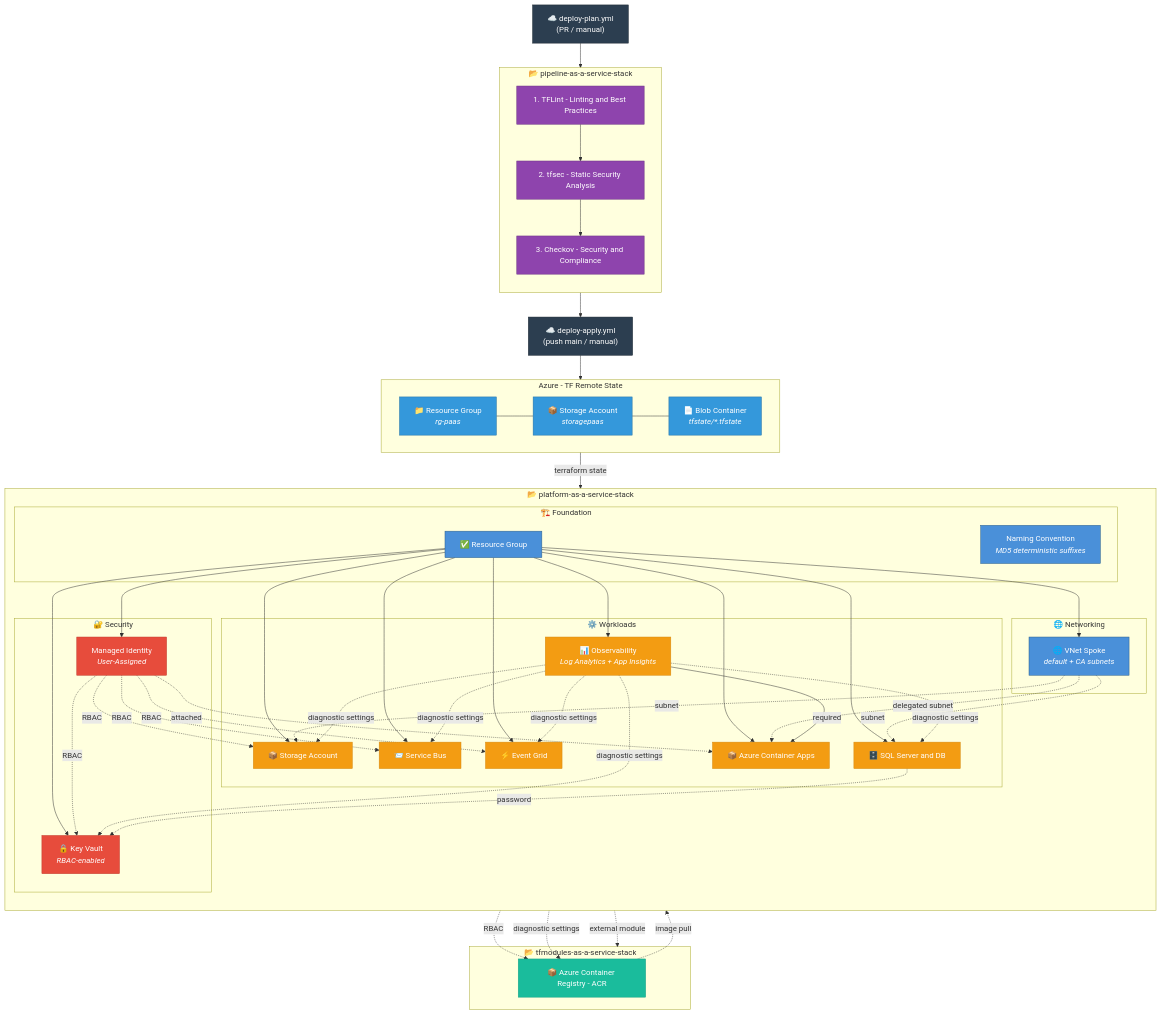
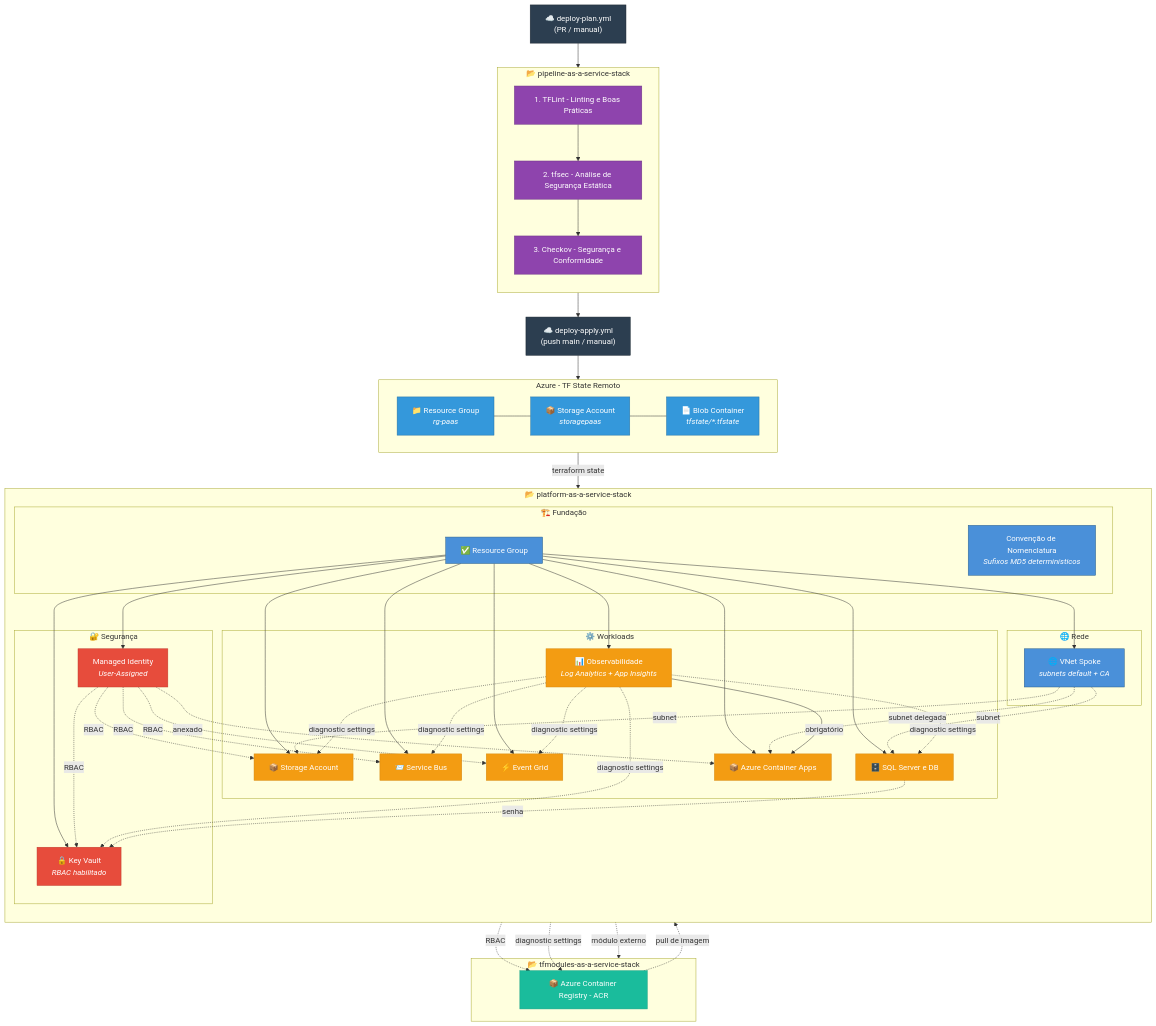
Before and after one commit to orafaelferreiraa/platform-as-a-service-stack: the second of 2 diagrams in README.md, drawn with Mermaid. The commit also changed other lines of this file, not shown here.

```diff
--- a/README.md
+++ b/README.md
@@ -432,9 +459,9 @@
 
     subgraph PIPE["📂 pipeline-as-a-service-stack"]
         direction TB
-        tflint["1. TFLint - Linting and Best Practices"]
-        tfsec["2. tfsec - Static Security Analysis"]
-        checkov["3. Checkov - Security and Compliance"]
+        tflint["1. TFLint - Linting e Boas Práticas"]
+        tfsec["2. tfsec - Análise de Segurança Estática"]
+        checkov["3. Checkov - Segurança e Conformidade"]
         tflint --> tfsec --> checkov
     end
 
@@ -445,7 +472,7 @@
     apply --> STATE
     STATE -->|terraform state| TF
 
-    subgraph STATE["Azure - TF Remote State"]
+    subgraph STATE["Azure - TF State Remoto"]
         state_rg["📁 Resource Group<br/><i>rg-paas</i>"]
         state_sa["📦 Storage Account<br/><i>storagepaas</i>"]
         state_blob["📄 Blob Container<br/><i>tfstate/*.tfstate</i>"]
@@ -455,26 +482,26 @@
     subgraph TF["📂 platform-as-a-service-stack"]
         direction TB
 
-        subgraph Foundation["🏗️ Foundation"]
-            naming["Naming Convention<br/><i>MD5 deterministic suffixes</i>"]
+        subgraph Foundation["🏗️ Fundação"]
+            naming["Convenção de Nomenclatura<br/><i>Sufixos MD5 determinísticos</i>"]
             rg["✅ Resource Group<br/>"]
         end
 
-        subgraph Security["🔐 Security"]
+        subgraph Security["🔐 Segurança"]
             mi["Managed Identity<br/><i>User-Assigned</i>"]
-            kv["🔒 Key Vault<br/><i>RBAC-enabled</i>"]
+            kv["🔒 Key Vault<br/><i>RBAC habilitado</i>"]
         end
 
-        subgraph Networking["🌐 Networking"]
-            vnet["🌐 VNet Spoke<br/><i>default + CA subnets</i>"]
+        subgraph Networking["🌐 Rede"]
+            vnet["🌐 VNet Spoke<br/><i>subnets default + CA</i>"]
         end
 
         subgraph Workloads["⚙️ Workloads"]
-            obs["📊 Observability<br/><i>Log Analytics + App Insights</i>"]
+            obs["📊 Observabilidade<br/><i>Log Analytics + App Insights</i>"]
             sa["📦 Storage Account"]
             sb["📨 Service Bus"]
             eg["⚡ Event Grid"]
-            sql["🗄️ SQL Server and DB"]
+            sql["🗄️ SQL Server e DB"]
             cae["📦 Azure Container Apps"]
         end
     end
@@ -483,7 +510,7 @@
         acr["📦 Azure Container Registry - ACR"]
     end
 
-    TF -.->|external module| TFMOD
+    TF -.->|módulo externo| TFMOD
 
     rg --> mi
     rg --> vnet
@@ -500,13 +527,13 @@
     mi -.->|RBAC| eg
     mi -.->|RBAC| kv
     mi -.->|RBAC| acr
-    mi -.->|attached| cae
+    mi -.->|anexado| cae
 
     vnet -.->|subnet| sa
     vnet -.->|subnet| sql
-    vnet -.->|delegated subnet| cae
+    vnet -.->|subnet delegada| cae
 
-    obs -->|required| cae
+    obs -->|obrigatório| cae
     obs -.->|diagnostic settings| sa
     obs -.->|diagnostic settings| sb
     obs -.->|diagnostic settings| eg
@@ -514,8 +541,8 @@
     obs -.->|diagnostic settings| kv
     obs -.->|diagnostic settings| acr
 
-    sql -.->|password| kv
-    acr -.->|image pull| cae
+    sql -.->|senha| kv
+    acr -.->|pull de imagem| cae
 
     classDef foundation fill:#4A90D9,stroke:#2C5F8A,color:#fff
     classDef security fill:#E74C3C,stroke:#C0392B,color:#fff
```
